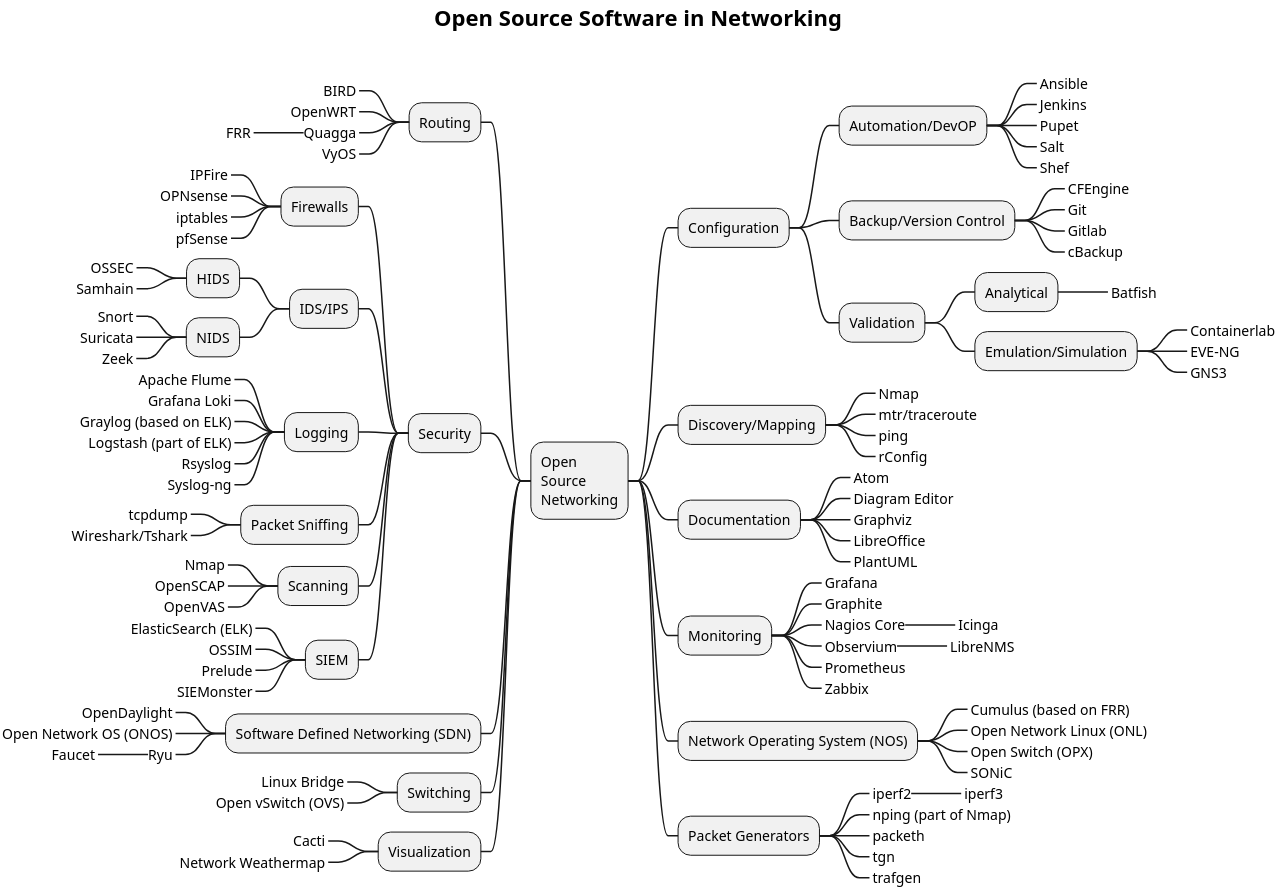
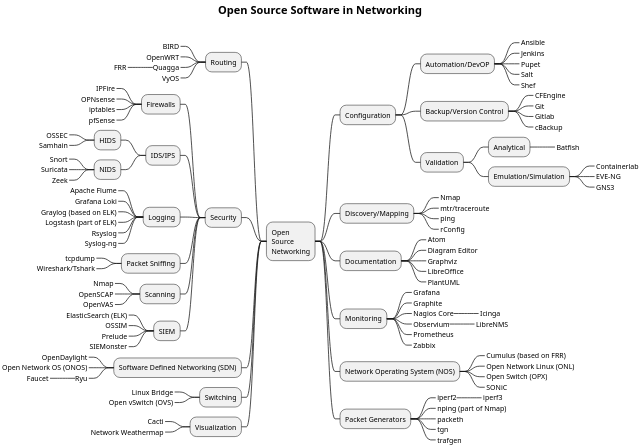
Before and after one commit to martimy/Open-Source-Networking: the diagram in OpenSourceMindMap.md, drawn with PlantUML. The commit also changed 2 other files, not shown here.

Commit message:
reduce image size

````diff
--- a/OpenSourceMindMap.md
+++ b/OpenSourceMindMap.md
@@ -6,6 +6,6 @@
 ```puml {filename="netopensource.png"}
 @startmindmap
-scale 10
+scale 2
 skinparam titleFontSize 22
 title Open Source Software in Networking\n
 
````
